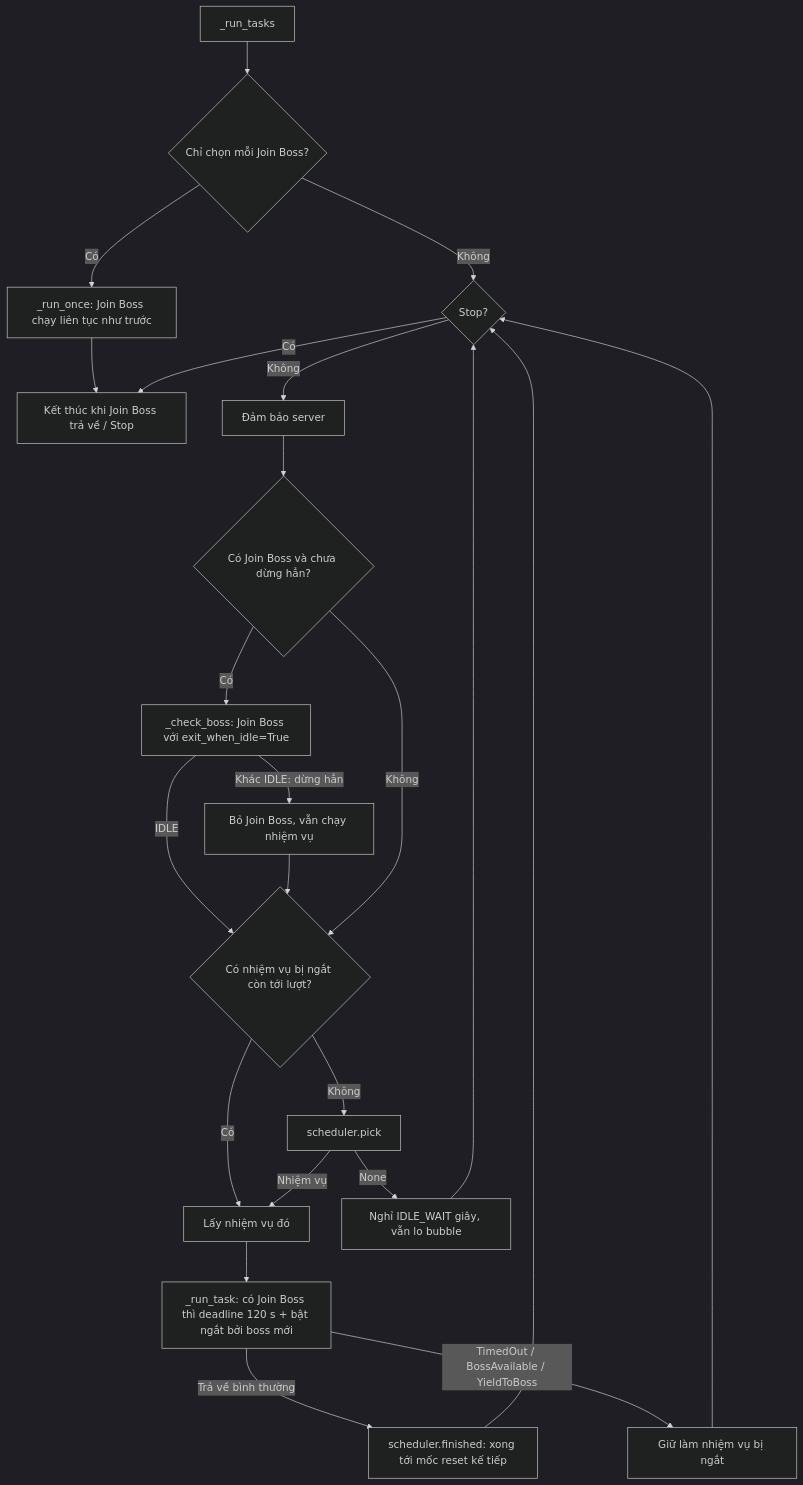
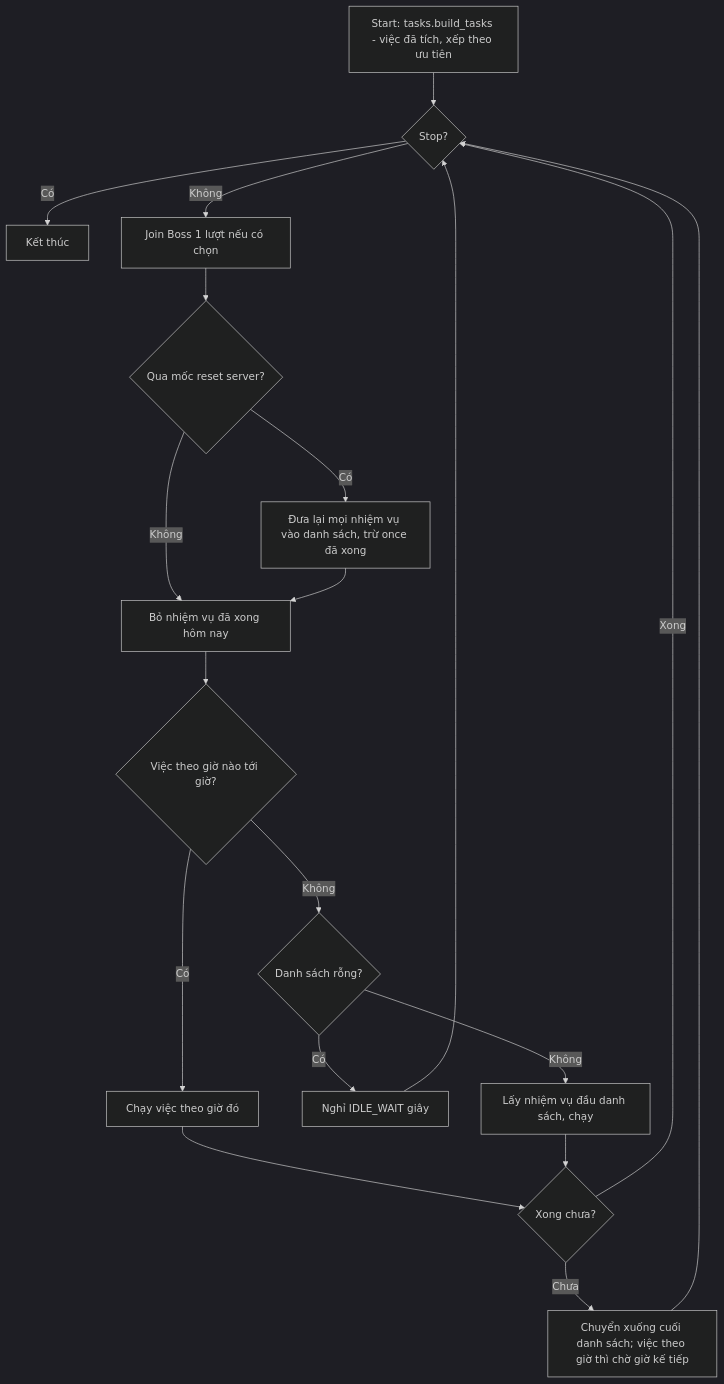
One commit to Hoangkz/EvonyBot changed the second of 4 diagrams in bot/worker/FLOW.md. Above: the diagram before and after it, drawn with Mermaid (dark theme). The commit also changed other lines of this file and 65 other files, not shown here.

````diff
--- a/bot/worker/FLOW.md
+++ b/bot/worker/FLOW.md
@@ -69,21 +59,19 @@
 ```mermaid
 flowchart TD
-    A[_run_tasks] --> O{Chỉ chọn mỗi Join Boss?}
-    O -->|Có| P[_run_once: Join Boss chạy liên tục như trước] --> Z[Kết thúc khi Join Boss trả về / Stop]
-    O -->|Không| L{Stop?}
-    L -->|Có| Z
-    L -->|Không| C[Đảm bảo server]
-    C --> B{Có Join Boss và chưa dừng hẳn?}
-    B -->|Có| D[_check_boss: Join Boss với exit_when_idle=True]
-    D -->|Khác IDLE: dừng hẳn| X[Bỏ Join Boss, vẫn chạy nhiệm vụ]
-    D -->|IDLE| T
-    X --> T
-    B -->|Không| T{Có nhiệm vụ bị ngắt còn tới lượt?}
-    T -->|Có| R[Lấy nhiệm vụ đó]
-    T -->|Không| S[scheduler.pick]
-    S -->|None| W[Nghỉ IDLE_WAIT giây, vẫn lo bubble] --> L
-    S -->|Nhiệm vụ| R
-    R --> G[_run_task: có Join Boss thì deadline 120 s + bật ngắt bởi boss mới]
-    G -->|Trả về bình thường| H[scheduler.finished: xong tới mốc reset kế tiếp] --> L
-    G -->|TimedOut / BossAvailable / YieldToBoss| I[Giữ làm nhiệm vụ bị ngắt] --> L
+    S[Start: tasks.build_tasks - việc đã tích, xếp theo ưu tiên] --> L{Stop?}
+    L -->|Có| Z[Kết thúc]
+    L -->|Không| B[Join Boss 1 lượt nếu có chọn]
+    B --> R{Qua mốc reset server?}
+    R -->|Có| N[Đưa lại mọi nhiệm vụ vào danh sách, trừ once đã xong]
+    R -->|Không| F
+    N --> F[Bỏ nhiệm vụ đã xong hôm nay]
+    F --> D{Việc theo giờ nào tới giờ?}
+    D -->|Có| T[Chạy việc theo giờ đó]
+    D -->|Không| E{Danh sách rỗng?}
+    E -->|Có| W[Nghỉ IDLE_WAIT giây] --> L
+    E -->|Không| T2[Lấy nhiệm vụ đầu danh sách, chạy]
+    T --> X
+    T2 --> X{Xong chưa?}
+    X -->|Xong| L
+    X -->|Chưa| M[Chuyển xuống cuối danh sách; việc theo giờ thì chờ giờ kế tiếp] --> L
 ```
````
